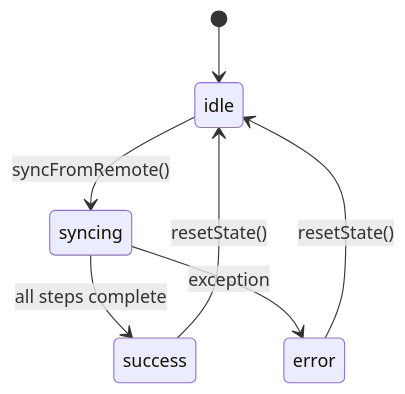
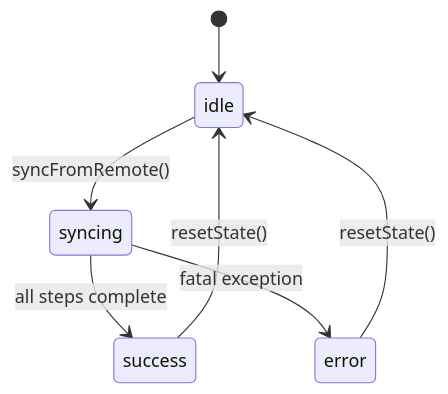
The second of 7 diagrams in docs/SYNC_ARCHITECTURE.md (martinhansdk/repertoire-coach), drawn with Mermaid before and after one commit. The commit also changed other lines of this file and 1 other file, not shown here.

````diff
--- a/docs/SYNC_ARCHITECTURE.md
+++ b/docs/SYNC_ARCHITECTURE.md
@@ -51,9 +88,9 @@
 ```mermaid
 stateDiagram-v2
   [*] --> idle
   idle --> syncing: syncFromRemote()
   syncing --> success: all steps complete
-  syncing --> error: exception
+  syncing --> error: fatal exception
   success --> idle: resetState()
   error --> idle: resetState()
 ```
````
